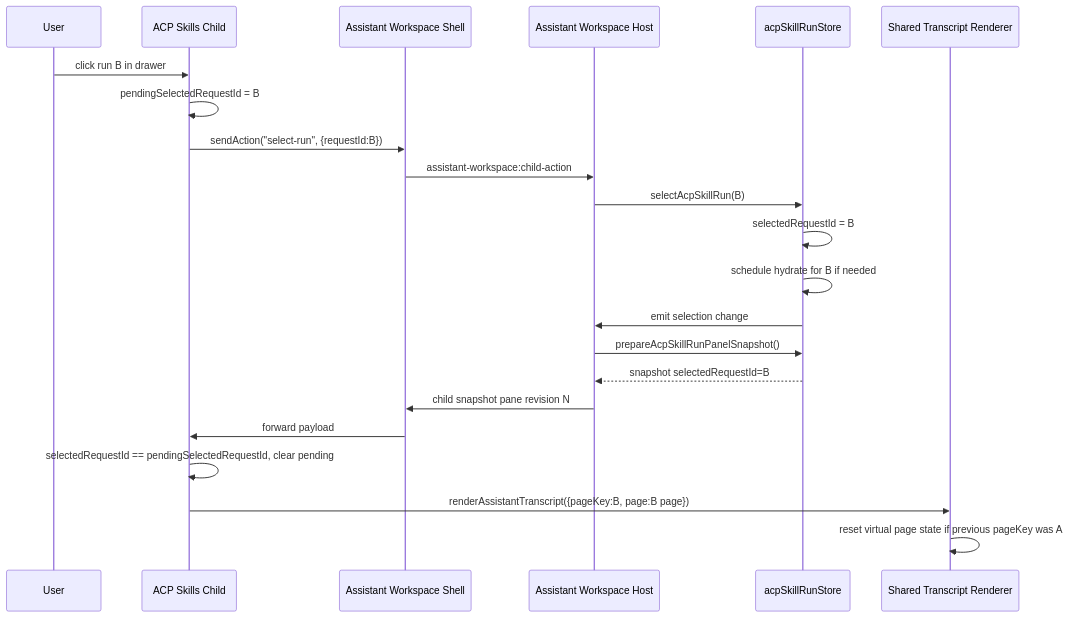
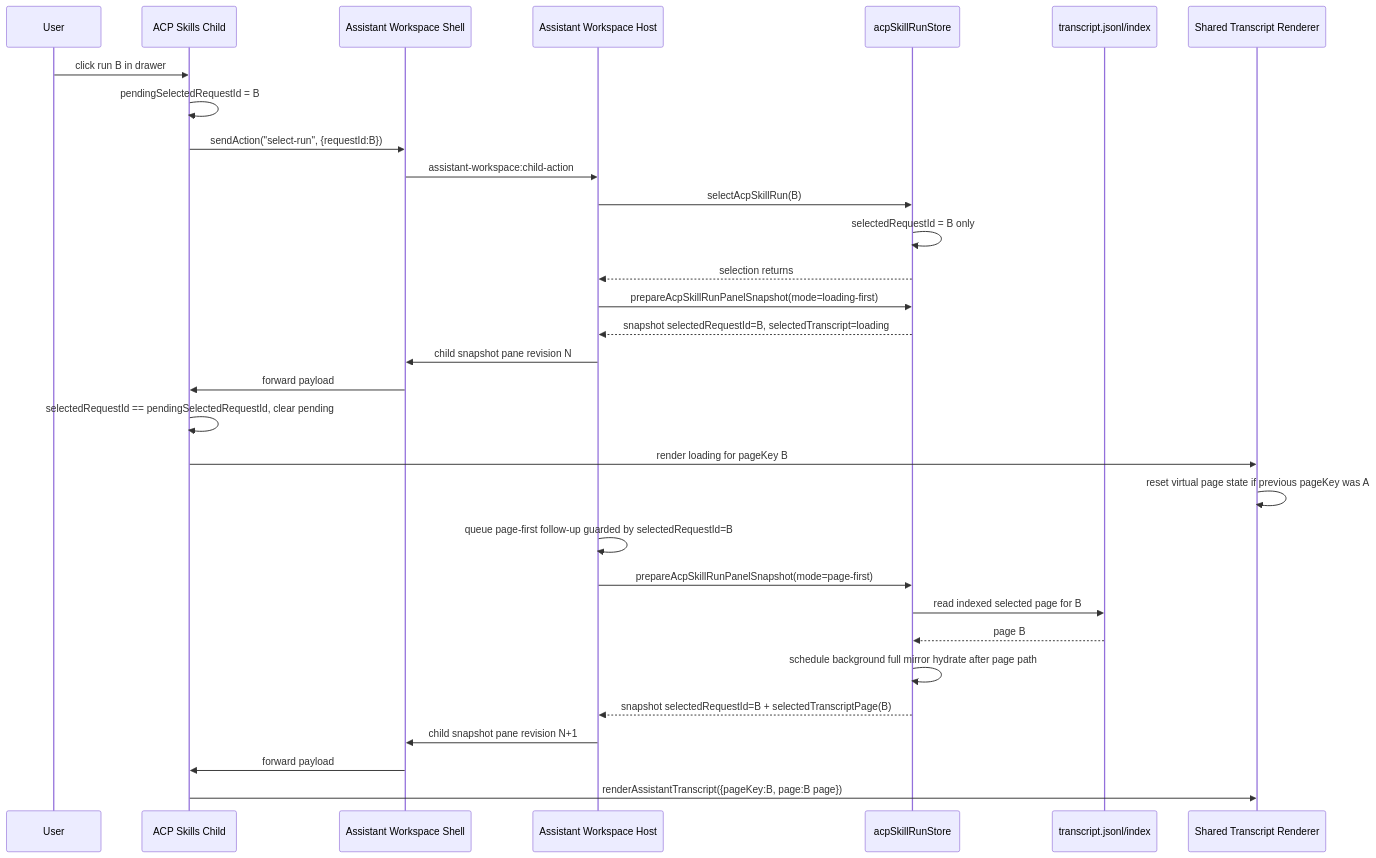
Before and after one commit to leike0813/zotero-agents: the fourth of 11 diagrams in doc/acp-skills-transcript-selection-hydration-sequence.md, drawn with Mermaid. The commit also changed other lines of this file and 27 other files, not shown here.

````diff
--- a/doc/acp-skills-transcript-selection-hydration-sequence.md
+++ b/doc/acp-skills-transcript-selection-hydration-sequence.md
@@ -124,25 +225,34 @@
 ```mermaid
 sequenceDiagram
   participant User
   participant Child as ACP Skills Child
   participant Shell as Assistant Workspace Shell
   participant Host as Assistant Workspace Host
   participant Store as acpSkillRunStore
+  participant Disk as transcript.jsonl/index
   participant Renderer as Shared Transcript Renderer
 
   User->>Child: click run B in drawer
   Child->>Child: pendingSelectedRequestId = B
   Child->>Shell: sendAction("select-run", {requestId:B})
   Shell->>Host: assistant-workspace:child-action
   Host->>Store: selectAcpSkillRun(B)
-  Store->>Store: selectedRequestId = B
-  Store->>Store: schedule hydrate for B if needed
-  Store->>Host: emit selection change
-  Host->>Store: prepareAcpSkillRunPanelSnapshot()
-  Store-->>Host: snapshot selectedRequestId=B
+  Store->>Store: selectedRequestId = B only
+  Store-->>Host: selection returns
+  Host->>Store: prepareAcpSkillRunPanelSnapshot(mode=loading-first)
+  Store-->>Host: snapshot selectedRequestId=B, selectedTranscript=loading
   Host->>Shell: child snapshot pane revision N
   Shell->>Child: forward payload
   Child->>Child: selectedRequestId == pendingSelectedRequestId, clear pending
+  Child->>Renderer: render loading for pageKey B
+  Renderer->>Renderer: reset virtual page state if previous pageKey was A
+  Host->>Host: queue page-first follow-up guarded by selectedRequestId=B
+  Host->>Store: prepareAcpSkillRunPanelSnapshot(mode=page-first)
+  Store->>Disk: read indexed selected page for B
+  Disk-->>Store: page B
+  Store->>Store: schedule background full mirror hydrate after page path
+  Store-->>Host: snapshot selectedRequestId=B + selectedTranscriptPage(B)
+  Host->>Shell: child snapshot pane revision N+1
+  Shell->>Child: forward payload
   Child->>Renderer: renderAssistantTranscript({pageKey:B, page:B page})
-  Renderer->>Renderer: reset virtual page state if previous pageKey was A
 ```
````
